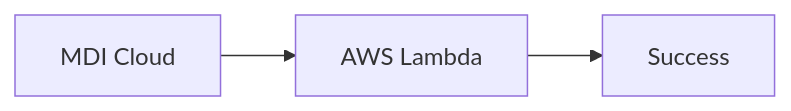
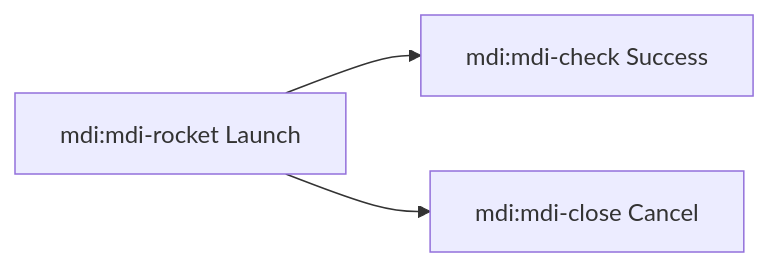
One commit to aerdman1/Erd-Docs changed the diagram in docs/MDX/simple-banner/test.md. Above: the diagram before and after it, drawn with Mermaid.

Commit message:
Update doc `test`

````diff
--- a/docs/MDX/simple-banner/test.md
+++ b/docs/MDX/simple-banner/test.md
@@ -11,6 +11,6 @@
 ```mermaid
 flowchart LR
-  A[<span class="iconify" data-icon="mdi:cloud"></span>  MDI Cloud] --> B[<span class="iconify" data-icon="logos:aws-lambda"></span>  AWS Lambda]
-  B --> C[<span class="iconify" data-icon="mdi:check-circle"></span>  Success]
+  A[mdi:mdi-rocket Launch] --> B[mdi:mdi-check Success]
+  A --> C[mdi:mdi-close Cancel]
 
 ```
````
